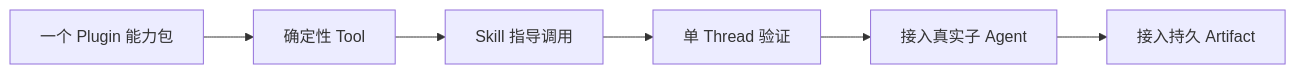
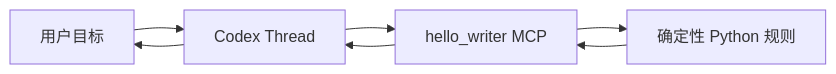
The first of 5 diagrams in docs/multi-agent-development-tutorial.md (JO-WTF/open-web-codex), drawn with Mermaid before and after one commit. The commit also changed other lines of this file and 100 other files, not shown here.

````diff
--- a/docs/multi-agent-development-tutorial.md
+++ b/docs/multi-agent-development-tutorial.md
@@ -45,8 +31,9 @@
 ```mermaid
 flowchart LR
-    P["一个 Plugin 能力包"] --> T["确定性 Tool"]
-    T --> S["Skill 指导调用"]
-    S --> O["单 Thread 验证"]
-    O --> R["接入真实子 Agent"]
-    R --> A["接入持久 Artifact"]
+    U["用户目标"] --> T["Codex Thread"]
+    T --> M["hello_writer MCP"]
+    M --> C["确定性 Python 规则"]
+    C --> M
+    M --> T
+    T --> U
 ```
````
